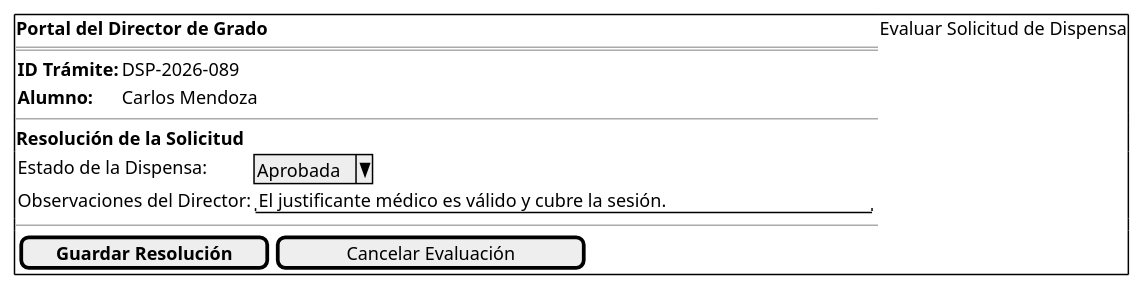
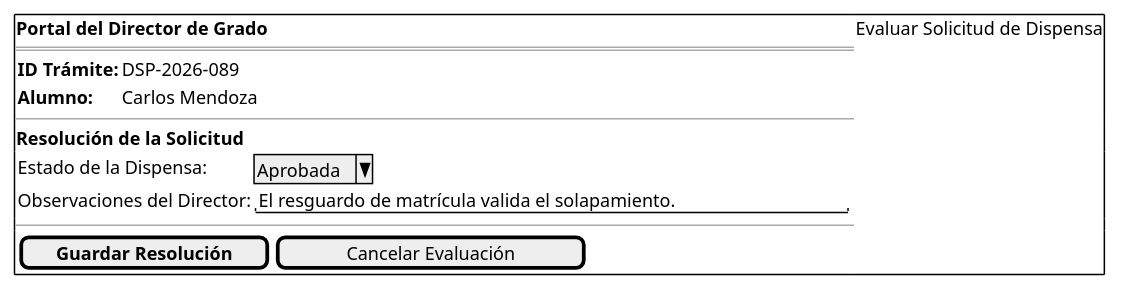
The diagram in documents/CasosDeUso/Prototipos/DirectorDeGrado/editarSolicitudDispensa.puml (enmabry/25-26-IdSw1-SdR), drawn with PlantUML before and after one commit. The commit also changed 43 other files, not shown here.

```diff
--- a/documents/CasosDeUso/Prototipos/DirectorDeGrado/editarSolicitudDispensa.puml
+++ b/documents/CasosDeUso/Prototipos/DirectorDeGrado/editarSolicitudDispensa.puml
@@ -1,20 +1,20 @@
 @startsalt
 {+
   <b>Portal del Director de Grado | Evaluar Solicitud de Dispensa
   ==
   {
     <b>ID Trámite: | DSP-2026-089
     <b>Alumno: | Carlos Mendoza
   }
   --
   <b>Resolución de la Solicitud
   {
     Estado de la Dispensa: | ^Aprobada^
-    Observaciones del Director: | "El justificante médico es válido y cubre la sesión."
+    Observaciones del Director: | "El resguardo de matrícula valida el solapamiento."
   }
   --
   {
     [ <b>Guardar Resolución</b> ] | [   Cancelar Evaluación   ]
   }
 }
 @endsalt
```
